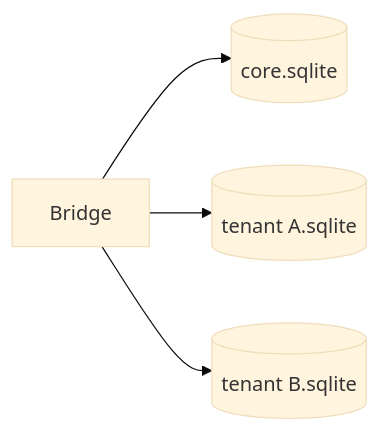
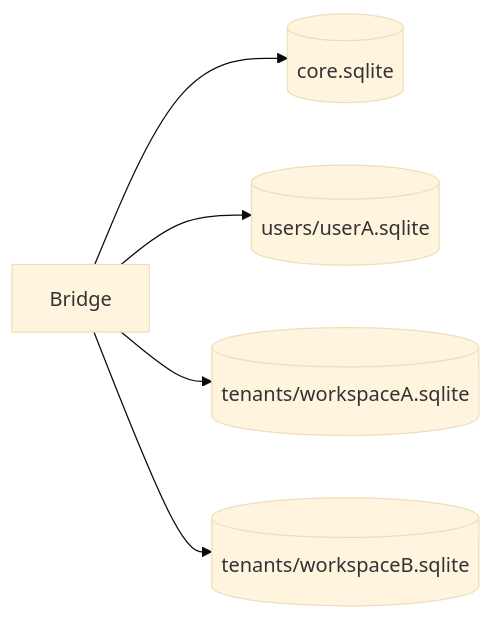
The second of 4 diagrams in docs/architecture.md (ReBoticsAI/GodMode), drawn with Mermaid (base theme) before and after one commit. The commit also changed other lines of this file and 41 other files, not shown here.

````diff
--- a/docs/architecture.md
+++ b/docs/architecture.md
@@ -58,10 +58,12 @@
 ```mermaid
 flowchart LR
   Bridge[Bridge]
   Core[(core.sqlite)]
-  T1[(tenant A.sqlite)]
-  T2[(tenant B.sqlite)]
+  U1[(users/userA.sqlite)]
+  T1[(tenants/workspaceA.sqlite)]
+  T2[(tenants/workspaceB.sqlite)]
   Bridge --> Core
+  Bridge --> U1
   Bridge --> T1
   Bridge --> T2
 ```
````
